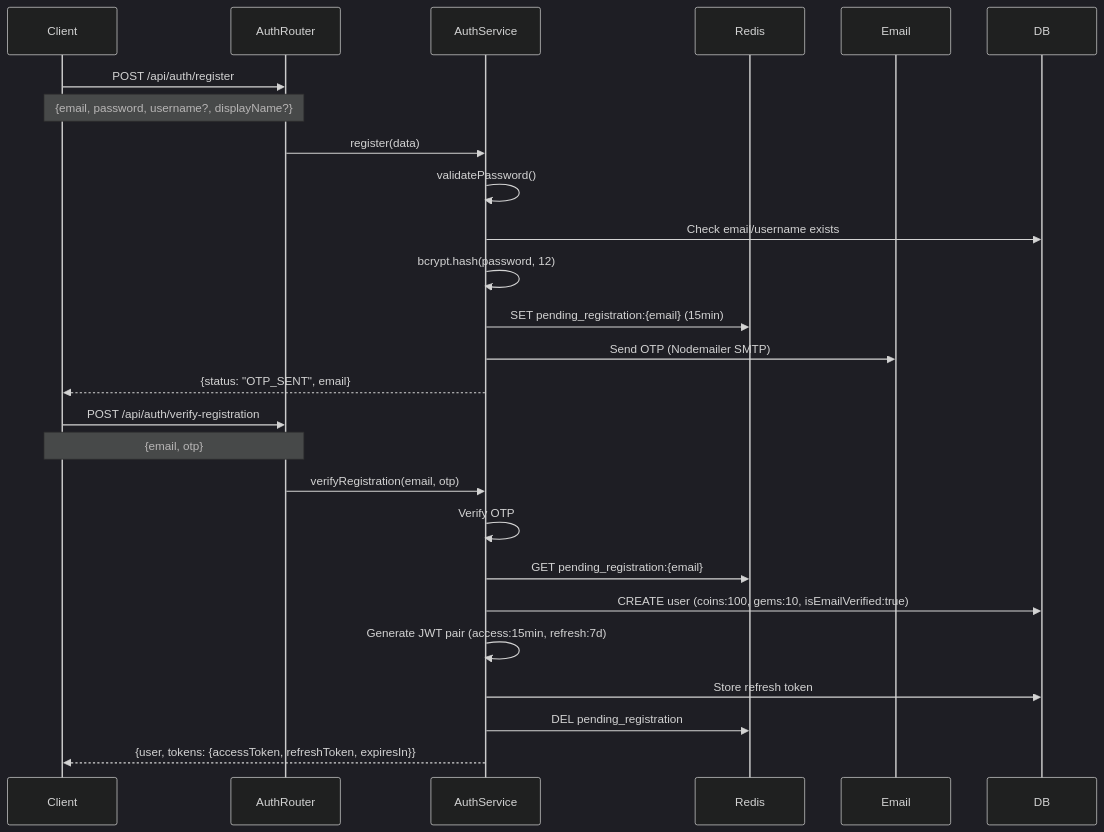
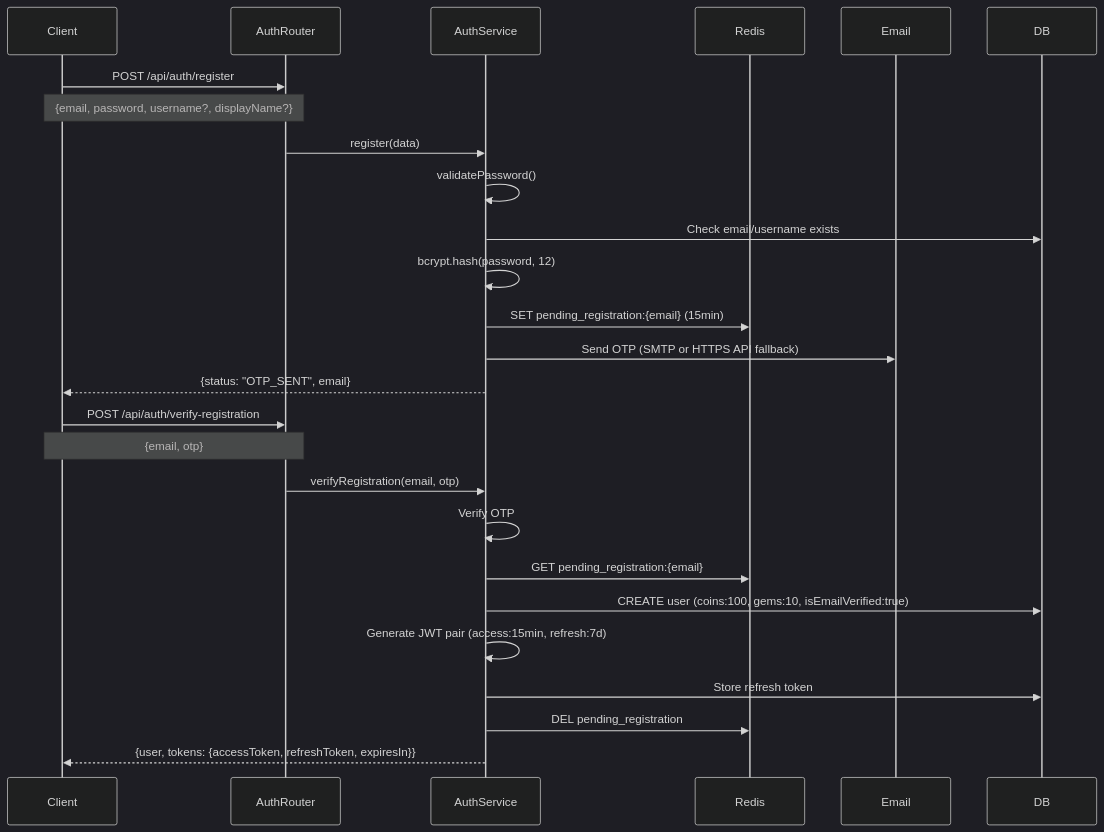
One commit to haidonglethqb/VirtualGfriend changed the diagram in docs/system/data-flows/registration-flow.md. Above: the diagram before and after it, drawn with Mermaid (dark theme). The commit also changed other lines of this file and 29 other files, not shown here.

````diff
--- a/docs/system/data-flows/registration-flow.md
+++ b/docs/system/data-flows/registration-flow.md
@@ -8,30 +8,30 @@
 ```mermaid
 sequenceDiagram
     participant Client
     participant AuthRouter
     participant AuthService
     participant Redis
     participant Email
     participant DB
 
     Client->>AuthRouter: POST /api/auth/register
     Note over Client,AuthRouter: {email, password, username?, displayName?}
     AuthRouter->>AuthService: register(data)
     AuthService->>AuthService: validatePassword()
     AuthService->>DB: Check email/username exists
     AuthService->>AuthService: bcrypt.hash(password, 12)
     AuthService->>Redis: SET pending_registration:{email} (15min)
-    AuthService->>Email: Send OTP (Nodemailer SMTP)
+    AuthService->>Email: Send OTP (SMTP or HTTPS API fallback)
     AuthService-->>Client: {status: "OTP_SENT", email}
 
     Client->>AuthRouter: POST /api/auth/verify-registration
     Note over Client,AuthRouter: {email, otp}
     AuthRouter->>AuthService: verifyRegistration(email, otp)
     AuthService->>AuthService: Verify OTP
     AuthService->>Redis: GET pending_registration:{email}
     AuthService->>DB: CREATE user (coins:100, gems:10, isEmailVerified:true)
     AuthService->>AuthService: Generate JWT pair (access:15min, refresh:7d)
     AuthService->>DB: Store refresh token
     AuthService->>Redis: DEL pending_registration
     AuthService-->>Client: {user, tokens: {accessToken, refreshToken, expiresIn}}
 ```
````
